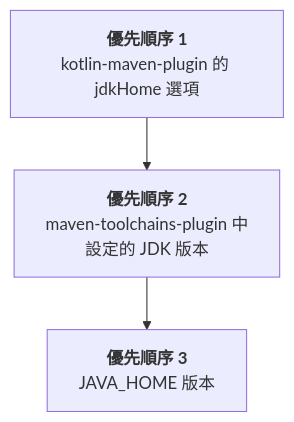
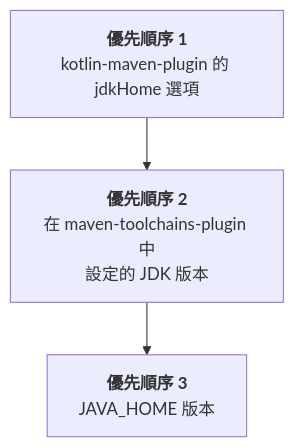
One commit to BinaryTape/Open-AIDoc changed the second of 2 diagrams in docs/zh-Hant/kotlin/maven-configure-project.md. Above: the diagram before and after it, drawn with Mermaid. The commit also changed other lines of this file and 1240 other files, not shown here.

````diff
--- a/docs/zh-Hant/kotlin/maven-configure-project.md
+++ b/docs/zh-Hant/kotlin/maven-configure-project.md
@@ -328,9 +328,9 @@
 ```Mermaid
 graph TD
     A["<b>優先順序 1</b><br/>kotlin-maven-plugin 的 jdkHome 選項"]
-    B["<b>優先順序 2</b><br/>maven-toolchains-plugin 中<br/>設定的 JDK 版本"]
+    B["<b>優先順序 2</b><br/>在 maven-toolchains-plugin 中<br/>設定的 JDK 版本"]
     C["<b>優先順序 3</b><br/>JAVA_HOME 版本"]
 
     A --> B
     B --> C
 ```
````
